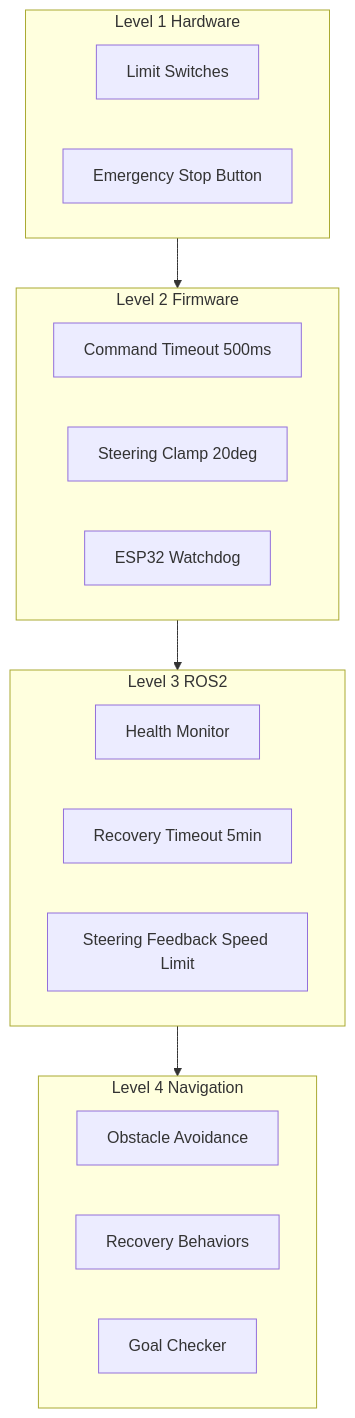
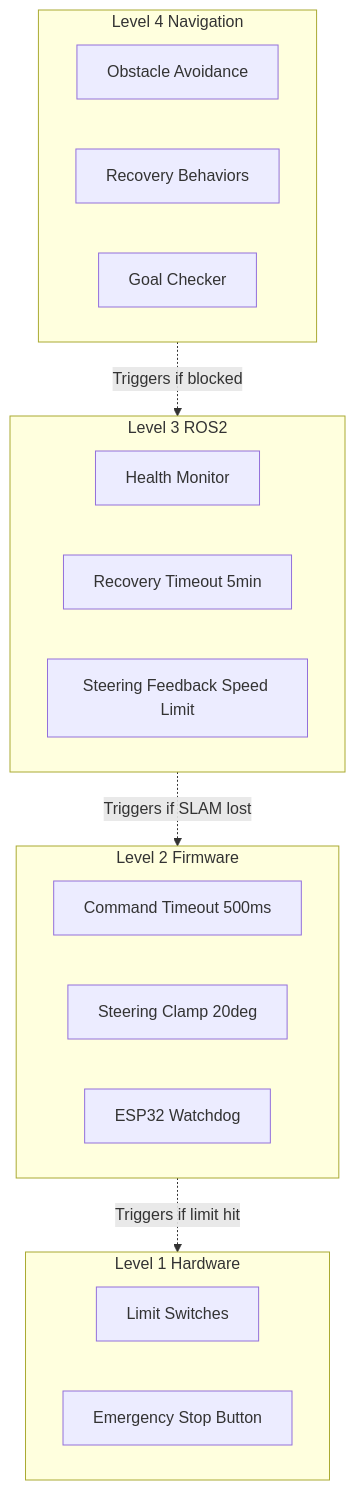
Before and after one commit to KashmeeraTT/Ackerman_UGV: diagram 13 of 13 in SYSTEM_DOCUMENTATION.md, drawn with Mermaid. The commit also changed other lines of this file and 2 other files, not shown here.

Commit message:
docs: Update system architecture diagrams, topic flows, and configuration parameters, including robot kinematics and controller settings.

````diff
--- a/SYSTEM_DOCUMENTATION.md
+++ b/SYSTEM_DOCUMENTATION.md
@@ -631,29 +626,29 @@
 ```mermaid
 flowchart TB
     subgraph L1[Level 1 Hardware]
         LS[Limit Switches]
         ES[Emergency Stop Button]
     end
     
     subgraph L2[Level 2 Firmware]
         TO[Command Timeout 500ms]
         SC[Steering Clamp 20deg]
         WD[ESP32 Watchdog]
     end
     
     subgraph L3[Level 3 ROS2]
         HM[Health Monitor]
         RT[Recovery Timeout 5min]
         SF[Steering Feedback Speed Limit]
     end
     
     subgraph L4[Level 4 Navigation]
         OA[Obstacle Avoidance]
         RB[Recovery Behaviors]
         GC[Goal Checker]
     end
     
-    L1 --> L2
-    L2 --> L3
-    L3 --> L4
+    L4 -.->|Triggers if blocked| L3
+    L3 -.->|Triggers if SLAM lost| L2
+    L2 -.->|Triggers if limit hit| L1
 ```
````
